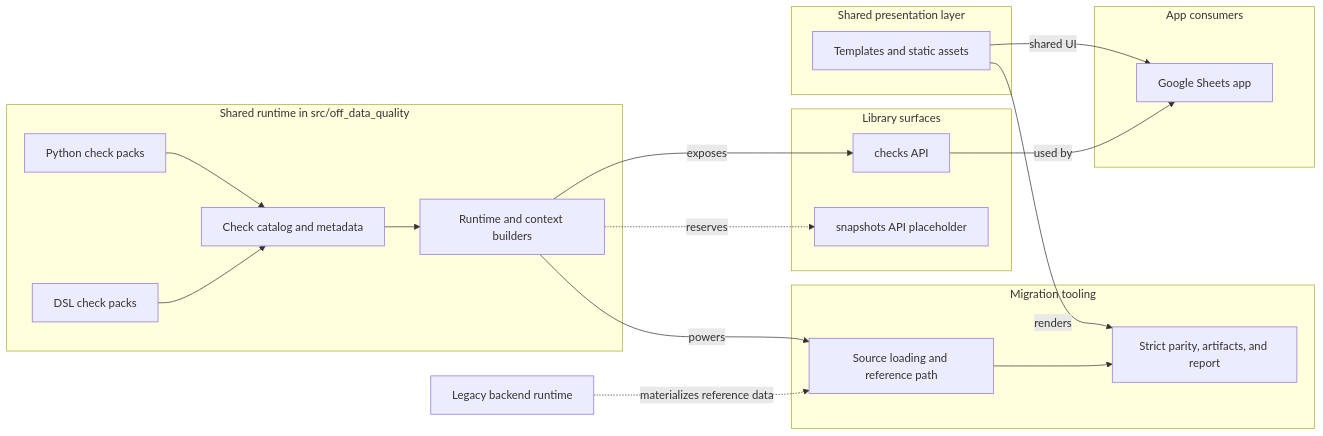
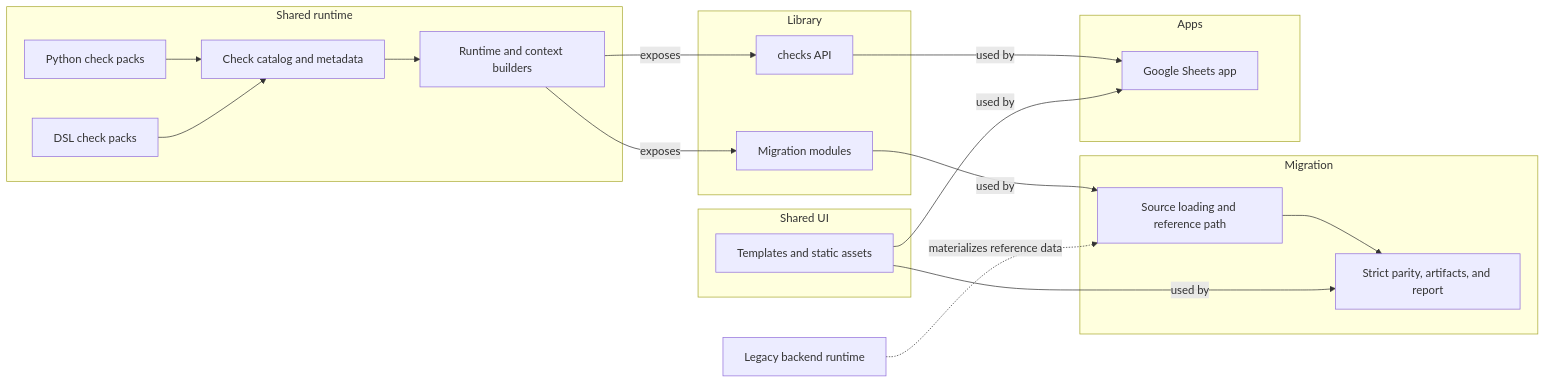
One commit to bobcorn/openfoodfacts-data-quality changed the diagram in docs/explanation/system-architecture.md. Above: the diagram before and after it, drawn with Mermaid. The commit also changed other lines of this file and 86 other files, not shown here.

````diff
--- a/docs/explanation/system-architecture.md
+++ b/docs/explanation/system-architecture.md
@@ -11,41 +11,41 @@
 ```mermaid
 flowchart LR
-    subgraph RUNTIME["Shared runtime in src/off_data_quality"]
+    subgraph RUNTIME["Shared runtime"]
         A["Python check packs"]
         B["DSL check packs"]
         C["Check catalog and metadata"]
         D["Runtime and context builders"]
         A --> C
         B --> C
         C --> D
     end
 
-    subgraph LIB["Library surfaces"]
+    subgraph LIB["Library"]
         E["checks API"]
-        F["snapshots API placeholder"]
+        F["Migration modules"]
     end
 
-    subgraph MIG["Migration tooling"]
+    subgraph MIG["Migration"]
         G["Source loading and reference path"]
         H["Strict parity, artifacts, and report"]
         G --> H
     end
 
-    subgraph APPS["App consumers"]
+    subgraph APPS["Apps"]
         I["Google Sheets app"]
     end
 
-    subgraph UI["Shared presentation layer"]
+    subgraph UI["Shared UI"]
         J["Templates and static assets"]
     end
 
     K["Legacy backend runtime"]
 
     D -->|"exposes"| E
-    D -.->|"reserves"| F
-    D -->|"powers"| G
+    D -->|"exposes"| F
+    F -->|"used by"| G
     E -->|"used by"| I
-    J -->|"shared UI"| I
-    J -->|"renders"| H
+    J -->|"used by"| H
+    J -->|"used by"| I
     K -.->|"materializes reference data"| G
 ```
````
